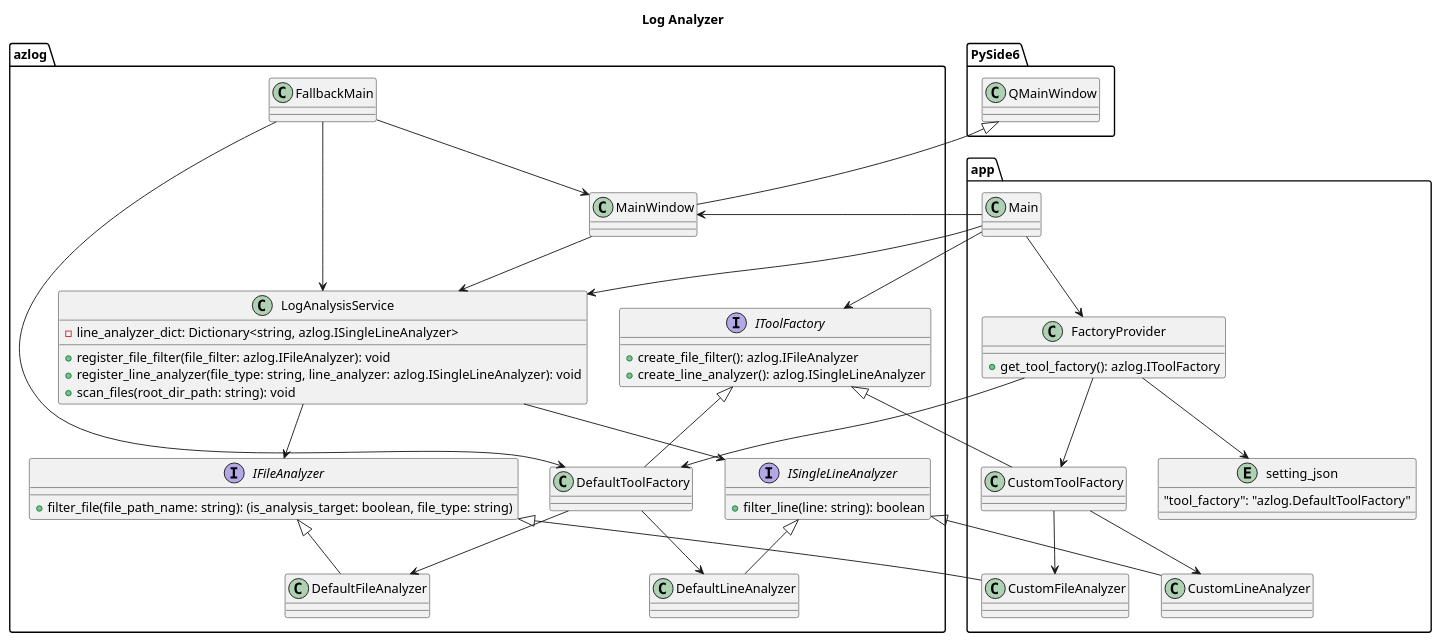
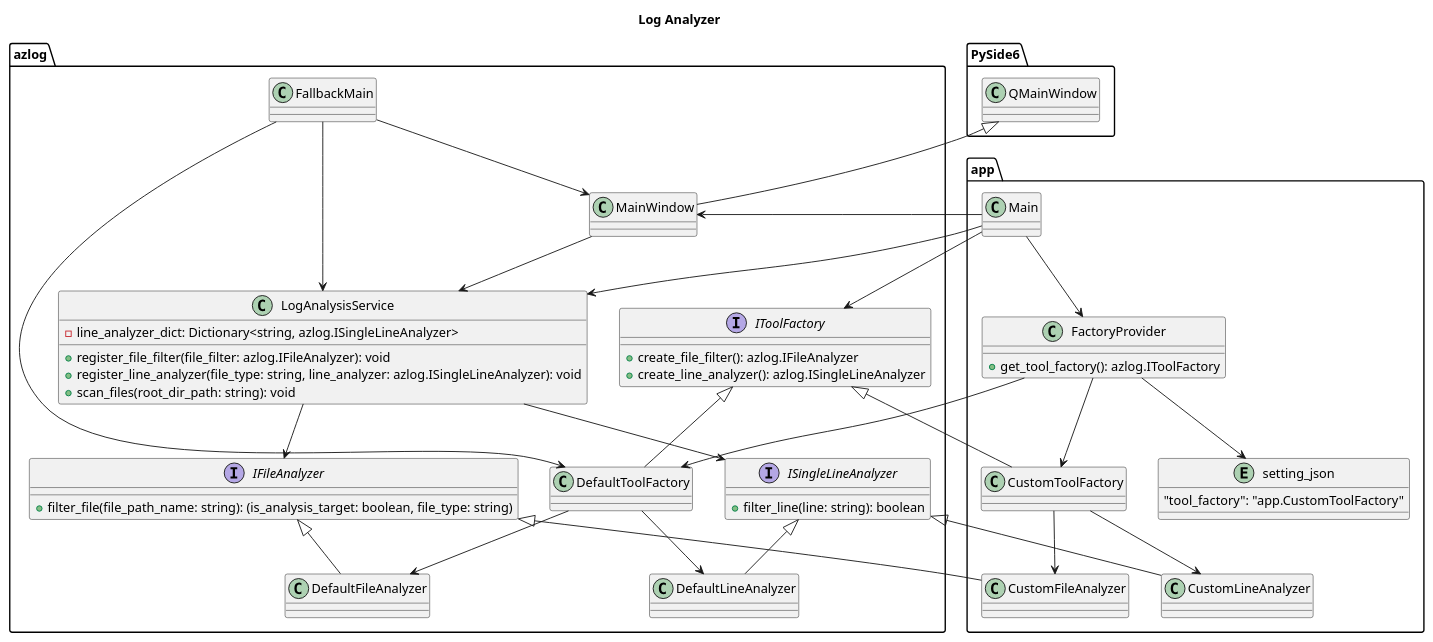
The diagram in doc/log_analyzer.puml (Takayoshi-Matsuyama/log_analyzer), drawn with PlantUML before and after one commit.

Commit message:
Updated - class diagram

```diff
--- a/doc/log_analyzer.puml
+++ b/doc/log_analyzer.puml
@@ -1,104 +1,104 @@
 @startuml log_analyzer
 
 'Copyright 2026 Takayoshi Matsuyama
 '
 'Licensed under the Apache License, Version 2.0 (the "License");
 'you may not use this file except in compliance with the License.
 'You may obtain a copy of the License at
 '
 '    http://www.apache.org/licenses/LICENSE-2.0
 '
 'Unless required by applicable law or agreed to in writing, software
 'distributed under the License is distributed on an "AS IS" BASIS,
 'WITHOUT WARRANTIES OR CONDITIONS OF ANY KIND, either express or implied.
 'See the License for the specific language governing permissions and
 'limitations under the License.
 
 title Log Analyzer
 
 interface azlog.IFileAnalyzer
 {
     +filter_file(file_path_name: string): (is_analysis_target: boolean, file_type: string)
 }
 
 class azlog.DefaultFileAnalyzer {}
 class app.CustomFileAnalyzer {}
 
 azlog.IFileAnalyzer <|-- azlog.DefaultFileAnalyzer
 azlog.IFileAnalyzer <|-- app.CustomFileAnalyzer
 
 interface azlog.ISingleLineAnalyzer
 {
     +filter_line(line: string): boolean
 }
 
 class azlog.DefaultLineAnalyzer {}
 class app.CustomLineAnalyzer {}
 
 azlog.ISingleLineAnalyzer <|-- azlog.DefaultLineAnalyzer
 azlog.ISingleLineAnalyzer <|-- app.CustomLineAnalyzer
 
 interface azlog.IToolFactory
 {
     +create_file_filter(): azlog.IFileAnalyzer
     +create_line_analyzer(): azlog.ISingleLineAnalyzer
 }
 
 class azlog.DefaultToolFactory {}
 class app.CustomToolFactory {}
 
 azlog.IToolFactory <|-- azlog.DefaultToolFactory
 azlog.IToolFactory <|-- app.CustomToolFactory
 
 azlog.DefaultToolFactory --> azlog.DefaultFileAnalyzer
 azlog.DefaultToolFactory --> azlog.DefaultLineAnalyzer
 
 app.CustomToolFactory --> app.CustomFileAnalyzer
 app.CustomToolFactory --> app.CustomLineAnalyzer
 
 class azlog.LogAnalysisService
 {
     -line_analyzer_dict: Dictionary<string, azlog.ISingleLineAnalyzer>
     +register_file_filter(file_filter: azlog.IFileAnalyzer): void
     +register_line_analyzer(file_type: string, line_analyzer: azlog.ISingleLineAnalyzer): void
     +scan_files(root_dir_path: string): void
 }
 
 azlog.LogAnalysisService --> azlog.IFileAnalyzer
 azlog.LogAnalysisService --> azlog.ISingleLineAnalyzer
 
 class PySide6.QMainWindow {}
 
 class azlog.MainWindow {}
 
 PySide6.QMainWindow <|-- azlog.MainWindow
 
 entity app.setting_json
 {
-    "tool_factory": "azlog.DefaultToolFactory"
+    "tool_factory": "app.CustomToolFactory"
 }
 
 class app.FactoryProvider
  {
     +get_tool_factory(): azlog.IToolFactory
 }
 
 app.FactoryProvider --> app.setting_json
 app.FactoryProvider --> azlog.DefaultToolFactory
 app.FactoryProvider --> app.CustomToolFactory
 
 class azlog.FallbackMain {}
 azlog.FallbackMain --> azlog.DefaultToolFactory
 azlog.FallbackMain --> azlog.LogAnalysisService
 azlog.FallbackMain --> azlog.MainWindow
 
 
 class app.Main {}
 
 app.Main --> app.FactoryProvider
 app.Main --> azlog.IToolFactory
 app.Main --> azlog.LogAnalysisService
 app.Main --> azlog.MainWindow
 azlog.MainWindow --> azlog.LogAnalysisService
 
 @enduml
```
